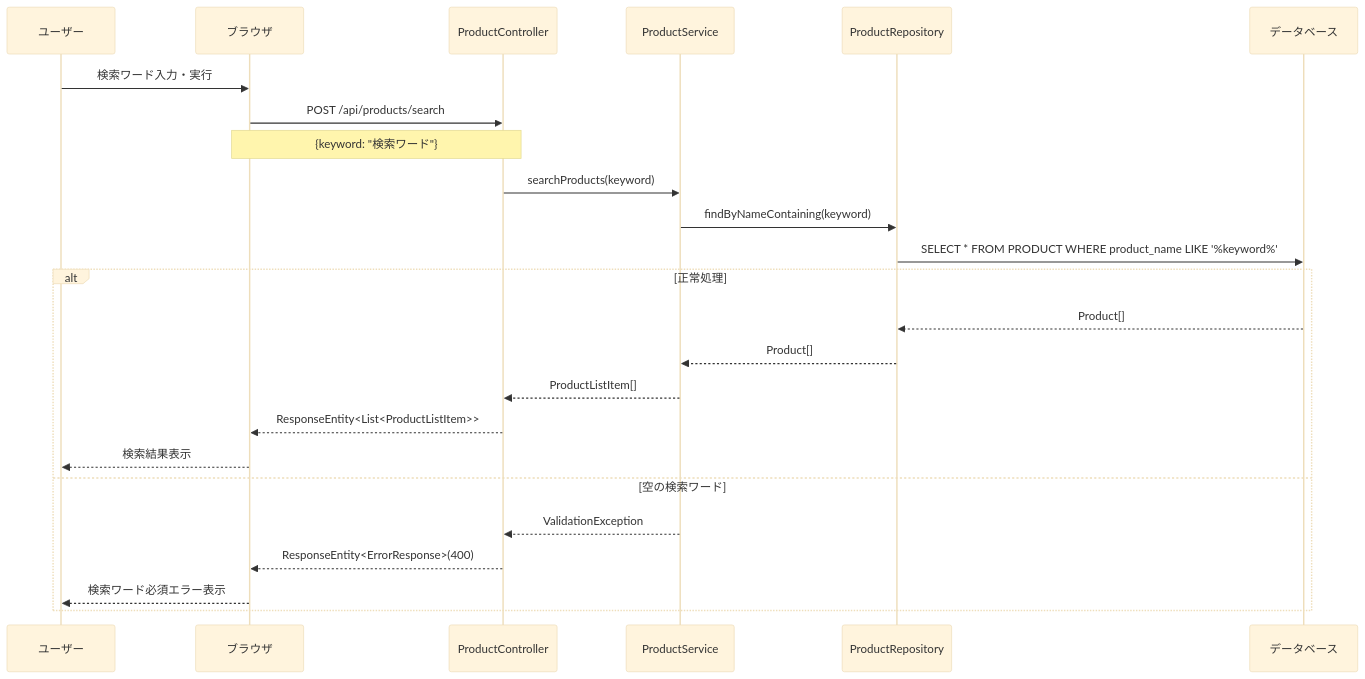
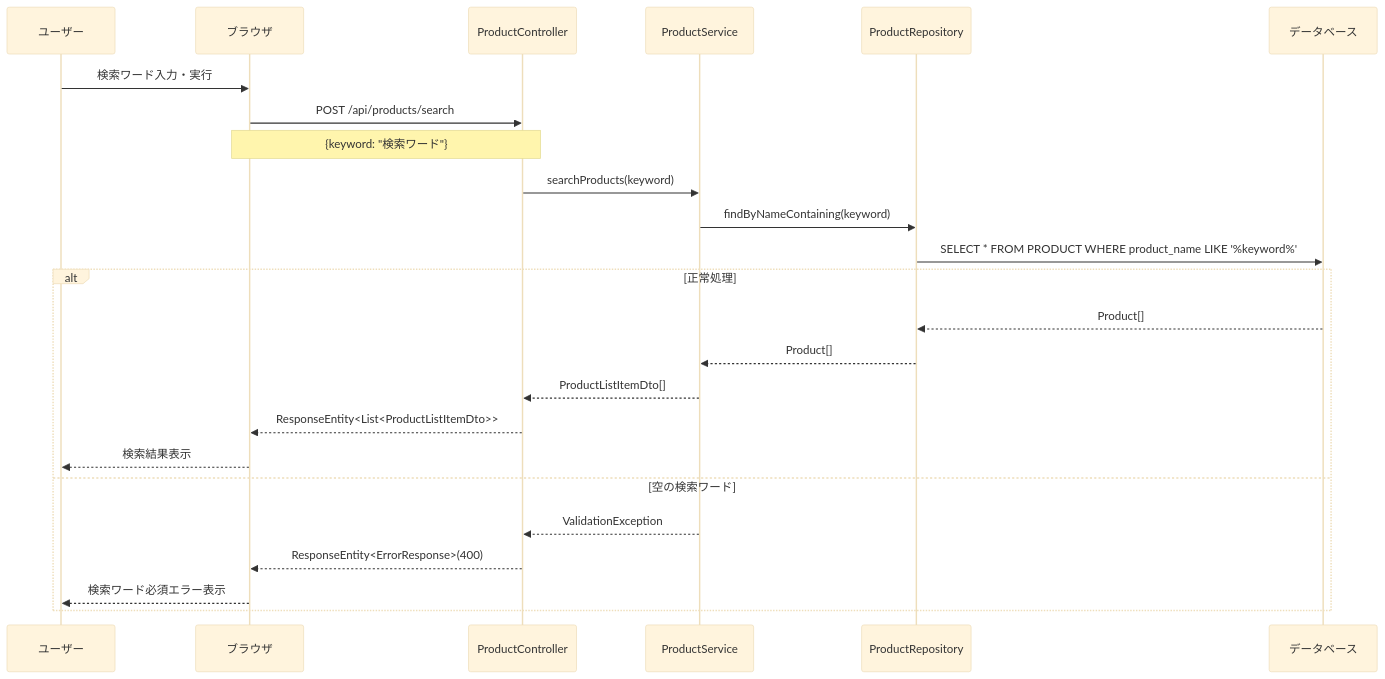
Before and after one commit to shogomaeda758/Bacon: the third of 17 diagrams in 詳細設計/3_sequence.md, drawn with Mermaid (base theme). The commit also changed other lines of this file and 2 other files, not shown here.

````diff
--- a/詳細設計/3_sequence.md
+++ b/詳細設計/3_sequence.md
@@ -99,28 +129,28 @@
 ```mermaid
 sequenceDiagram
     participant U as ユーザー
     participant B as ブラウザ
     participant PC as ProductController
     participant PS as ProductService
     participant PR as ProductRepository
     participant DB as データベース
 
     U->>B: 検索ワード入力・実行
     B->>PC: POST /api/products/search
     Note over B,PC: {keyword: "検索ワード"}
     PC->>PS: searchProducts(keyword)
     PS->>PR: findByNameContaining(keyword)
     PR->>DB: SELECT * FROM PRODUCT WHERE product_name LIKE '%keyword%'
     
     alt 正常処理
         DB-->>PR: Product[]
         PR-->>PS: Product[]
-        PS-->>PC: ProductListItem[]
-        PC-->>B: ResponseEntity<List<ProductListItem>>
+        PS-->>PC: ProductListItemDto[]
+        PC-->>B: ResponseEntity<List<ProductListItemDto>>
         B-->>U: 検索結果表示
     else 空の検索ワード
         PS-->>PC: ValidationException
         PC-->>B: ResponseEntity<ErrorResponse>(400)
         B-->>U: 検索ワード必須エラー表示
     end
 ```
````
